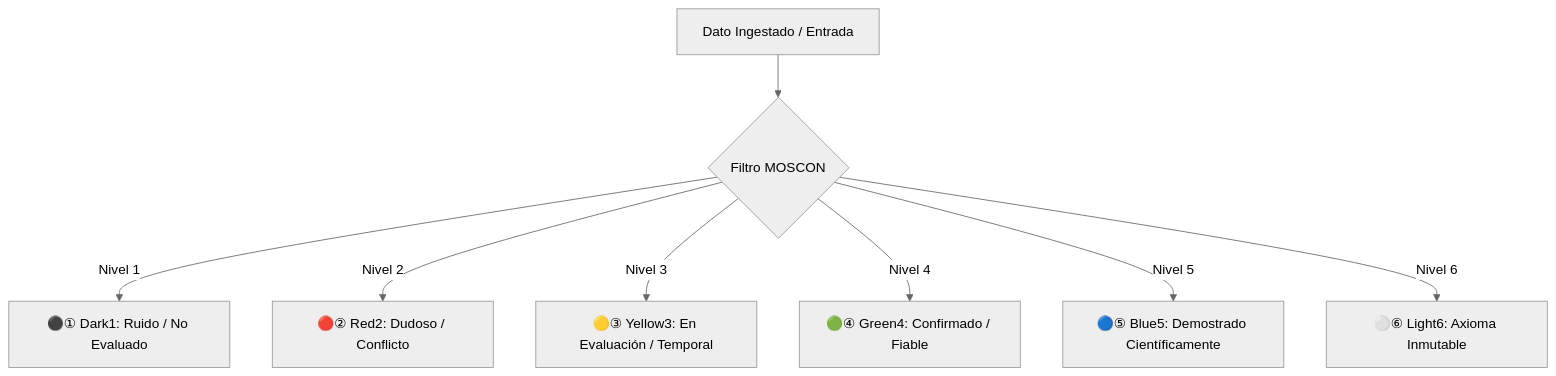
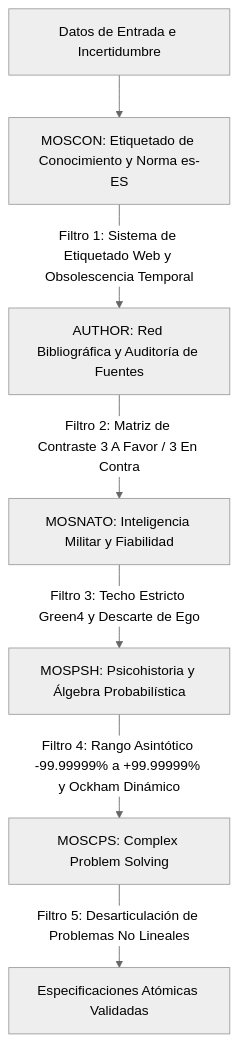
The first of 2 diagrams in data/vault/MOSCON/VISION.md (metsuke/mom), drawn with Mermaid (neutral theme) before and after one commit. The commit also changed other lines of this file and 56 other files, not shown here.

````diff
--- a/data/vault/MOSCON/VISION.md
+++ b/data/vault/MOSCON/VISION.md
@@ -70,10 +58,9 @@
 ```mermaid
 flowchart TD
-    A[Dato Ingestado / Entrada] --> B{Filtro MOSCON}
-    B -->|Nivel 1| C[⚫① Dark1: Ruido / No Evaluado]
-    B -->|Nivel 2| D[🔴② Red2: Dudoso / Conflicto]
-    B -->|Nivel 3| E[🟡③ Yellow3: En Evaluación / Temporal]
-    B -->|Nivel 4| F[🟢④ Green4: Confirmado / Fiable]
-    B -->|Nivel 5| G[🔵⑤ Blue5: Demostrado Científicamente]
-    B -->|Nivel 6| H[⚪⑥ Light6: Axioma Inmutable]
+    A[Datos de Entrada e Incertidumbre] --> B[MOSCON: Etiquetado de Conocimiento y Norma es-ES]
+    B -->|Filtro 1: Sistema de Etiquetado Web y Obsolescencia Temporal| C[AUTHOR: Red Bibliográfica y Auditoría de Fuentes]
+    C -->|Filtro 2: Matriz de Contraste 3 A Favor / 3 En Contra| D[MOSNATO: Inteligencia Militar y Fiabilidad]
+    D -->|Filtro 3: Techo Estricto Green4 y Descarte de Ego| E[MOSPSH: Psicohistoria y Álgebra Probabilística]
+    E -->|Filtro 4: Rango Asintótico -99.99999% a +99.99999% y Ockham Dinámico| F[MOSCPS: Complex Problem Solving]
+    F -->|Filtro 5: Desarticulación de Problemas No Lineales| G[Especificaciones Atómicas Validadas]
 ```
````
